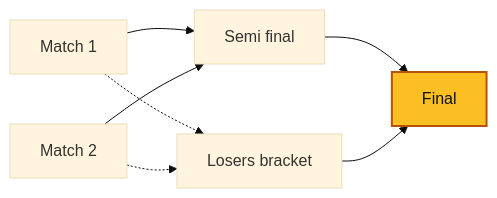
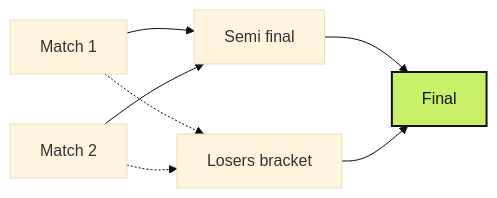
The diagram in README.md (SitrakaRasata/SitrakaRasata), drawn with Mermaid (base theme) before and after one commit. The commit also changed other lines of this file and 6 other files, not shown here.

````diff
--- a/README.md
+++ b/README.md
@@ -82,11 +81,11 @@
 ```mermaid
 graph LR
   M1[Match 1] --> SF[Semi final]
   M2[Match 2] --> SF
   M1 -.-> LB[Losers bracket]
   M2 -.-> LB
   SF --> F[Final]
   LB --> F
-  classDef signal fill:#FBBF24,stroke:#B45309,stroke-width:2px,color:#0D1117;
+  classDef signal fill:#C8F169,stroke:#121212,stroke-width:2px,color:#121212;
   class F signal;
 ```
````
